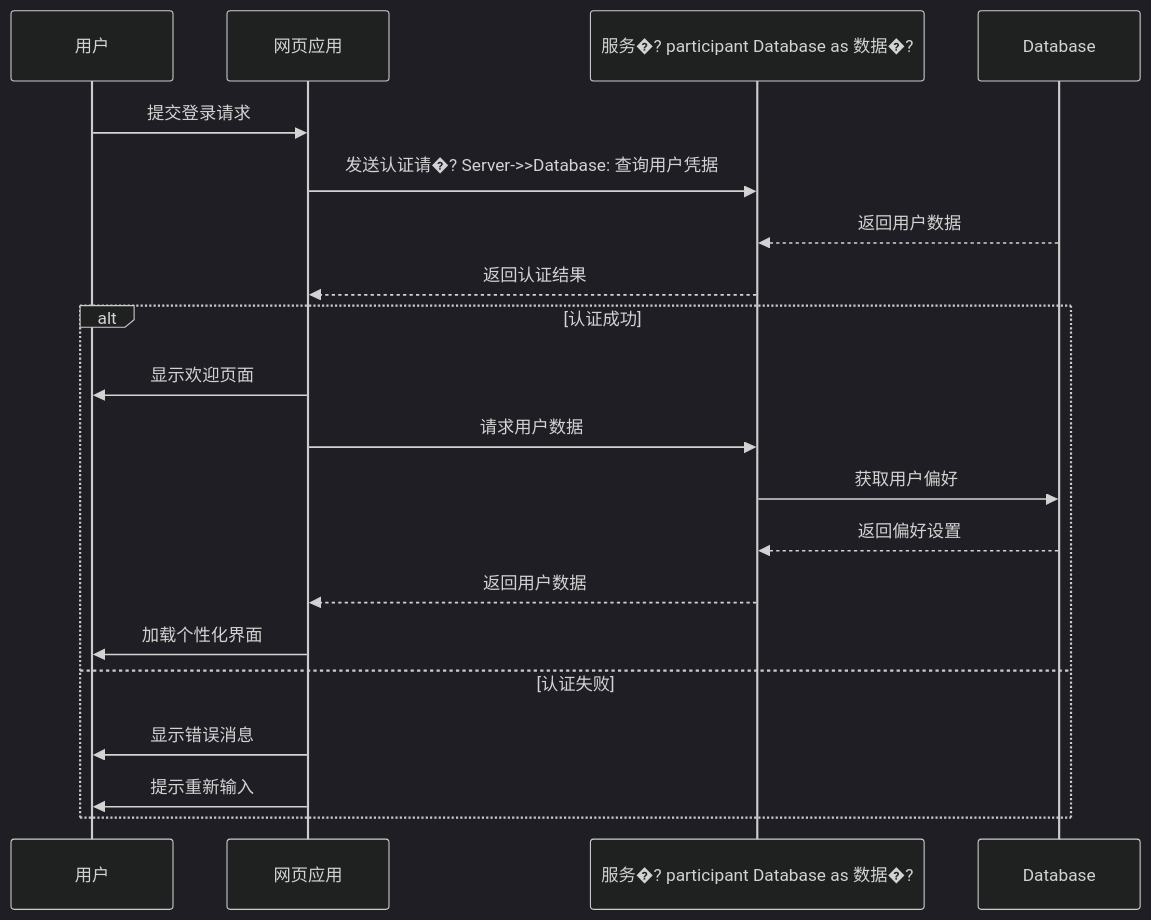
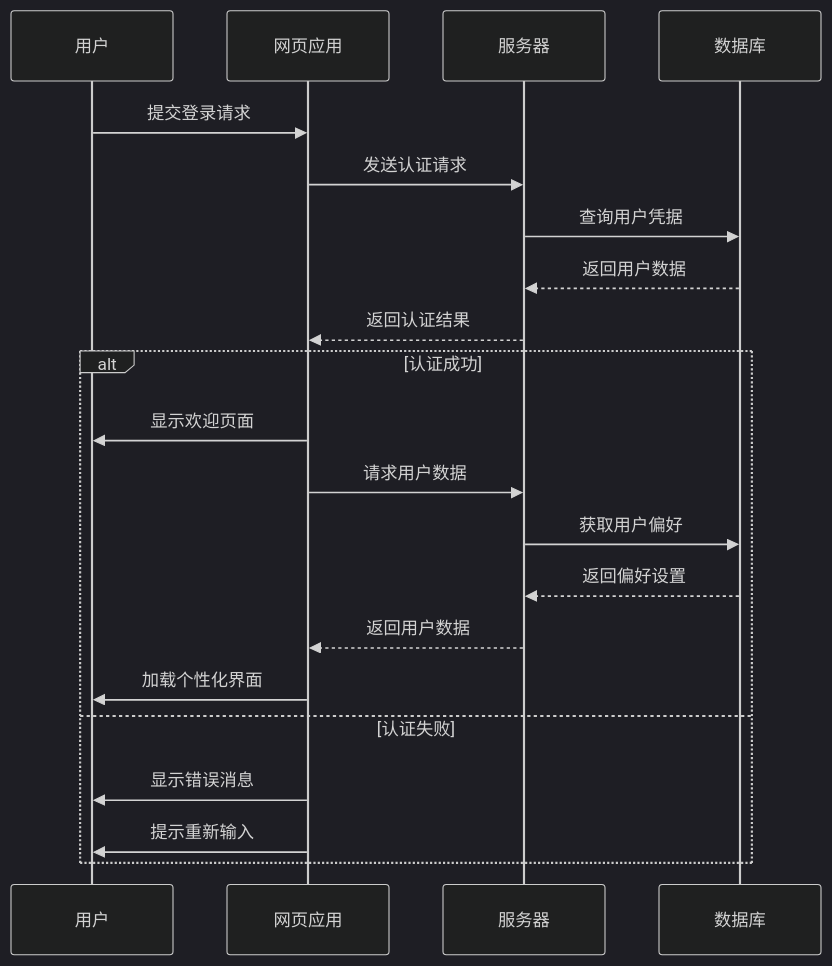
One commit to Mical-517/Firefly-blog changed the second of 6 diagrams in src/content/posts/markdown-mermaid.md. Above: the diagram before and after it, drawn with Mermaid (dark theme). The commit also changed other lines of this file and 12 other files, not shown here.

````diff
--- a/src/content/posts/markdown-mermaid.md
+++ b/src/content/posts/markdown-mermaid.md
@@ -40,22 +45,25 @@
 ```mermaid
 sequenceDiagram
     participant User as 用户
     participant WebApp as 网页应用
-    participant Server as 服务�?    participant Database as 数据�?
+    participant Server as 服务器
+    participant Database as 数据库
+
     User->>WebApp: 提交登录请求
-    WebApp->>Server: 发送认证请�?    Server->>Database: 查询用户凭据
+    WebApp->>Server: 发送认证请求
+    Server->>Database: 查询用户凭据
     Database-->>Server: 返回用户数据
     Server-->>WebApp: 返回认证结果
     
     alt 认证成功
         WebApp->>User: 显示欢迎页面
         WebApp->>Server: 请求用户数据
         Server->>Database: 获取用户偏好
         Database-->>Server: 返回偏好设置
         Server-->>WebApp: 返回用户数据
         WebApp->>User: 加载个性化界面
     else 认证失败
         WebApp->>User: 显示错误消息
         WebApp->>User: 提示重新输入
     end
 ```
````
